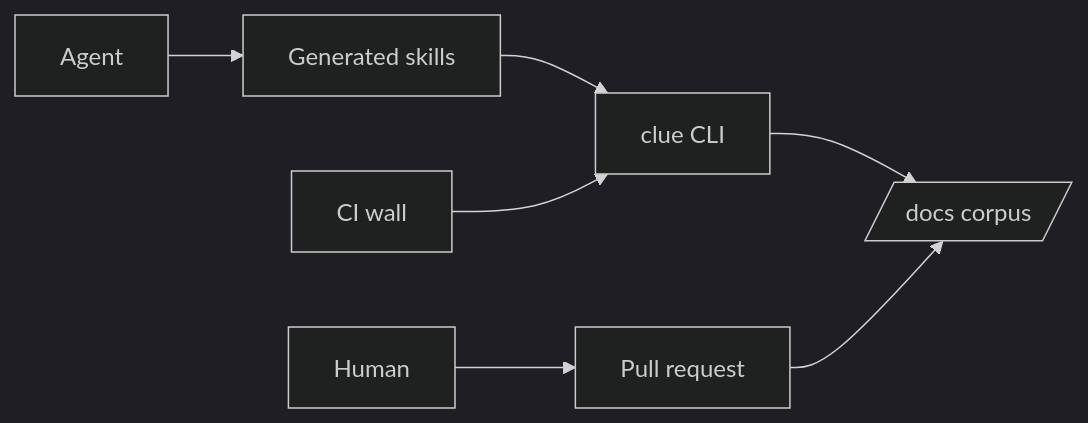
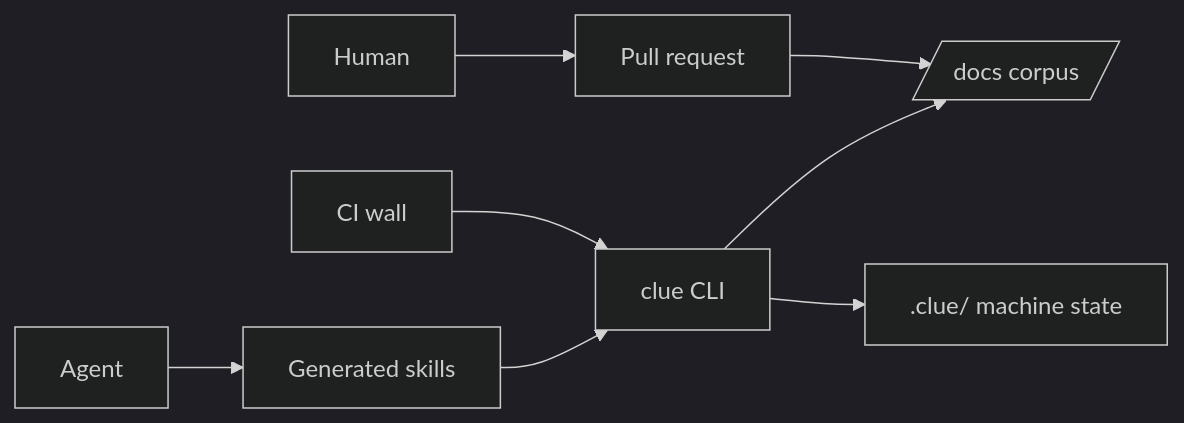
Before and after one commit to cliewen/cliewen: the diagram in docs/architecture/README.md, drawn with Mermaid (dark theme). The commit also changed other lines of this file and 22 other files, not shown here.

````diff
--- a/docs/architecture/README.md
+++ b/docs/architecture/README.md
@@ -5,9 +5,10 @@
 ```mermaid
 flowchart LR
     Agent[Agent] --> Skills[Generated skills]
     Skills --> CLI[clue CLI]
     CLI --> Corpus[/docs corpus/]
+    CLI --> State[".clue/ machine state"]
     CI[CI wall] --> CLI
     Human[Human] --> PR[Pull request]
     PR --> Corpus
 ```
````
